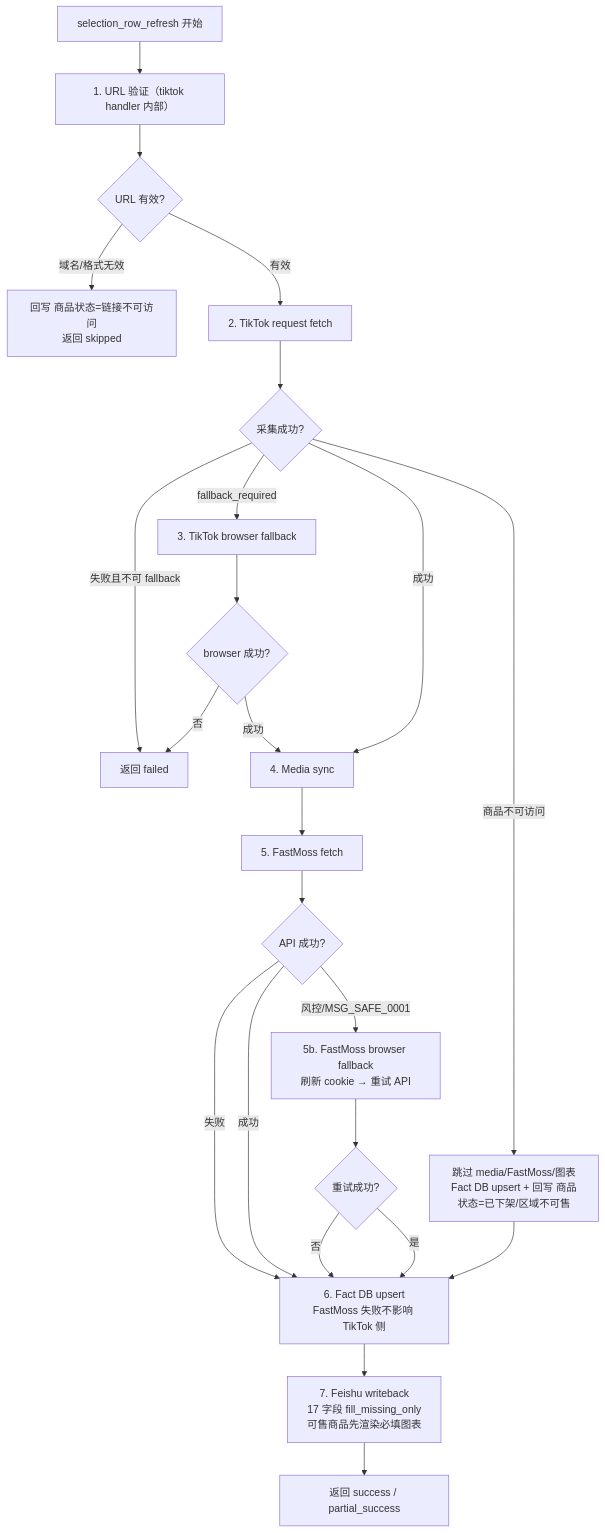
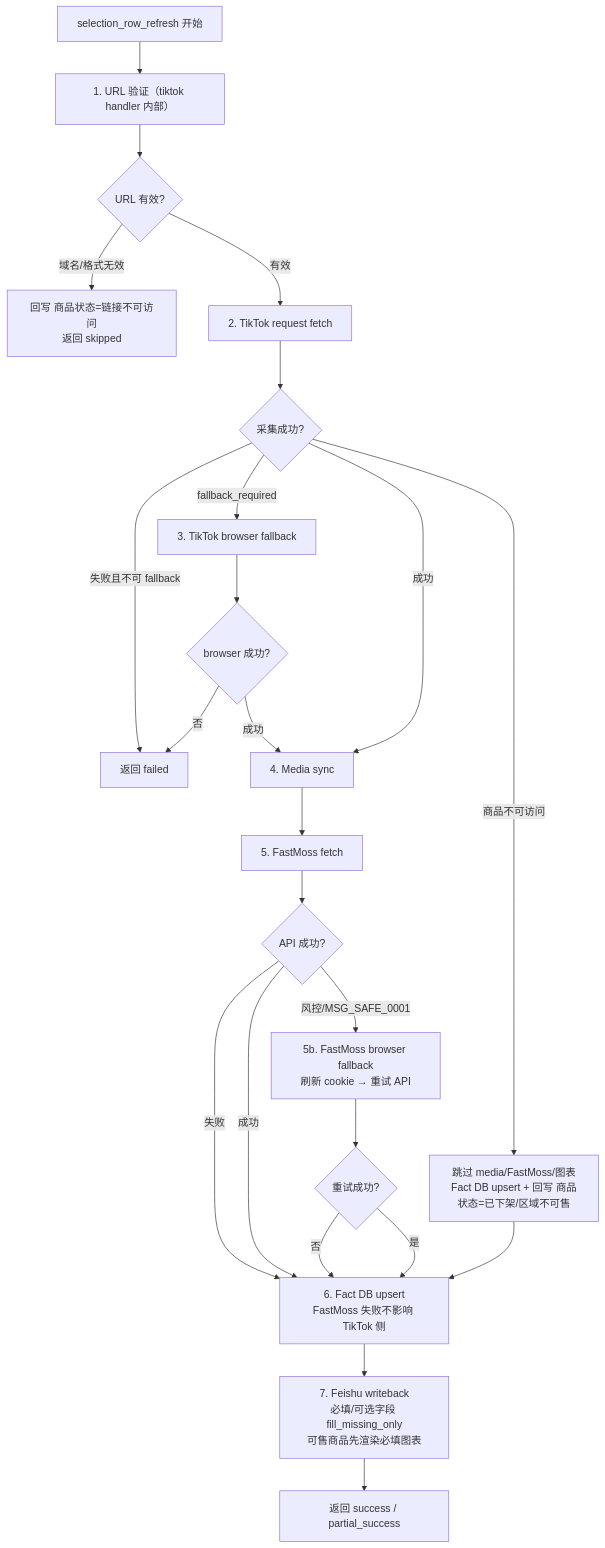
One commit to knighterrantsky/mujitask changed the second of 4 diagrams in docs/arch/workflow-selection-table-expand-design.md. Above: the diagram before and after it, drawn with Mermaid. The commit also changed other lines of this file and 39 other files, not shown here.

````diff
--- a/docs/arch/workflow-selection-table-expand-design.md
+++ b/docs/arch/workflow-selection-table-expand-design.md
@@ -59,26 +59,26 @@
 ```mermaid
 flowchart TD
     A["selection_row_refresh 开始"] --> B["1. URL 验证（tiktok handler 内部）"]
     B --> B1{"URL 有效?"}
     B1 -->|域名/格式无效| B2["回写 商品状态=链接不可访问<br/>返回 skipped"]
     B1 -->|有效| C["2. TikTok request fetch"]
     C --> C1{"采集成功?"}
     C1 -->|fallback_required| D["3. TikTok browser fallback"]
     D --> D1{"browser 成功?"}
     D1 -->|否| D2["返回 failed"]
     C1 -->|失败且不可 fallback| D2
     C1 -->|成功| E["4. Media sync"]
     D1 -->|成功| E
     C1 -->|商品不可访问| C2["跳过 media/FastMoss/图表<br/>Fact DB upsert + 回写 商品状态=已下架/区域不可售"]
     C2 --> G
     E --> F["5. FastMoss fetch"]
     F --> F1{"API 成功?"}
     F1 -->|风控/MSG_SAFE_0001| F2["5b. FastMoss browser fallback<br/>刷新 cookie → 重试 API"]
     F2 --> F3{"重试成功?"}
     F3 -->|是| G
     F3 -->|否| G["6. Fact DB upsert<br/>FastMoss 失败不影响 TikTok 侧"]
     F1 -->|成功| G
     F1 -->|失败| G
-    G --> H["7. Feishu writeback<br/>17 字段 fill_missing_only<br/>可售商品先渲染必填图表"]
+    G --> H["7. Feishu writeback<br/>必填/可选字段 fill_missing_only<br/>可售商品先渲染必填图表"]
     H --> I["返回 success / partial_success"]
 ```
````
